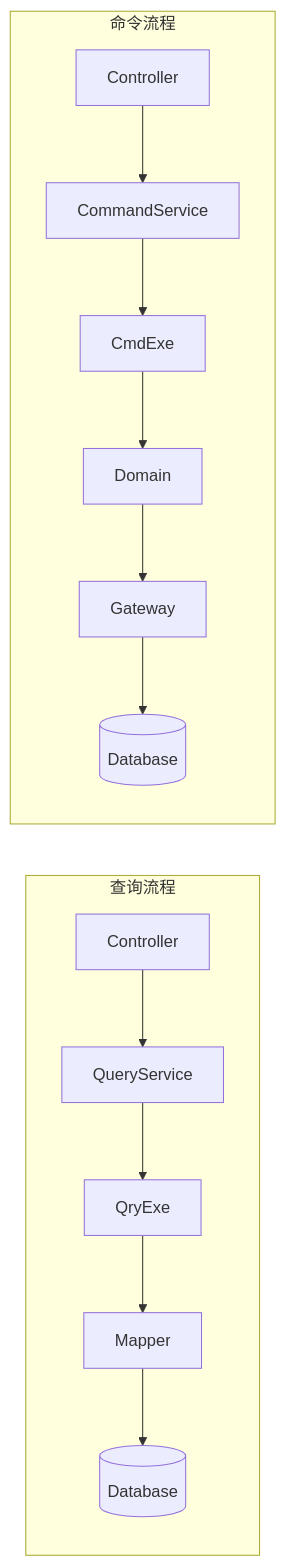
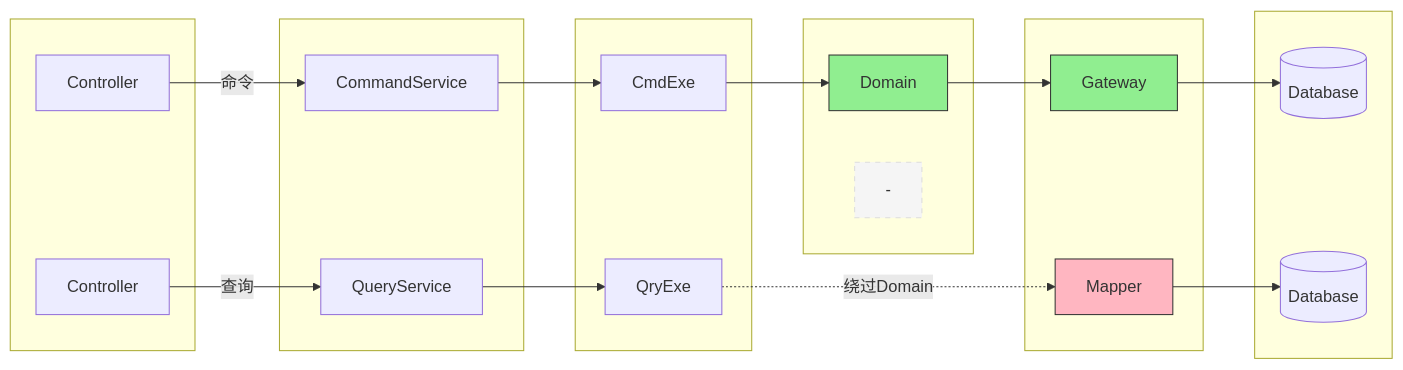
Before and after one commit to shiyindaxiaojie/eden-demo-cola: the seventh of 7 diagrams in README-zh-CN.md, drawn with Mermaid. The commit also changed other lines of this file and 1 other file, not shown here.

````diff
--- a/README-zh-CN.md
+++ b/README-zh-CN.md
@@ -595,14 +595,40 @@
 ```mermaid
-flowchart TB
-    subgraph 命令流程
-        direction TB
-        C1[Controller] --> C2[CommandService] --> C3[CmdExe] --> C4[Domain] --> C5[Gateway] --> C6[(Database)]
+flowchart LR
+    subgraph Input[" "]
+        A1[Controller]
+        A2[Controller]
     end
     
-    subgraph 查询流程
-        direction TB
-        Q1[Controller] --> Q2[QueryService] --> Q3[QryExe] --> Q4[Mapper] --> Q5[(Database)]
+    subgraph Service[" "]
+        B1[CommandService]
+        B2[QueryService]
     end
     
-    命令流程 ~~~ 查询流程
+    subgraph Executor[" "]
+        C1[CmdExe]
+        C2[QryExe]
+    end
+    
+    subgraph Core[" "]
+        D1[Domain]
+        D2["-"]
+    end
+    
+    subgraph Data[" "]
+        E1[Gateway]
+        E2[Mapper]
+    end
+    
+    subgraph Storage[" "]
+        F1[(Database)]
+        F2[(Database)]
+    end
+    
+    A1 -->|命令| B1 --> C1 --> D1 --> E1 --> F1
+    A2 -->|查询| B2 --> C2 -.->|绕过Domain| E2 --> F2
+    
+    style D1 fill:#90EE90,stroke:#333
+    style D2 fill:#f5f5f5,stroke:#ddd,stroke-dasharray: 5 5
+    style E1 fill:#90EE90,stroke:#333
+    style E2 fill:#FFB6C1,stroke:#333
 ```
````
